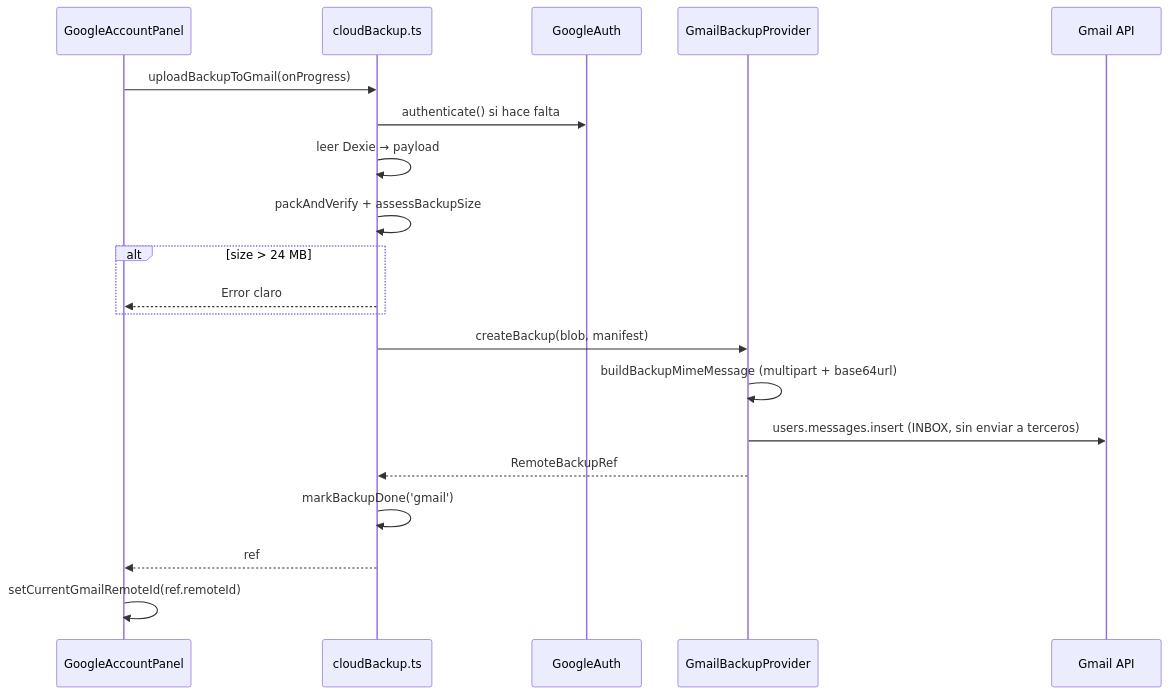
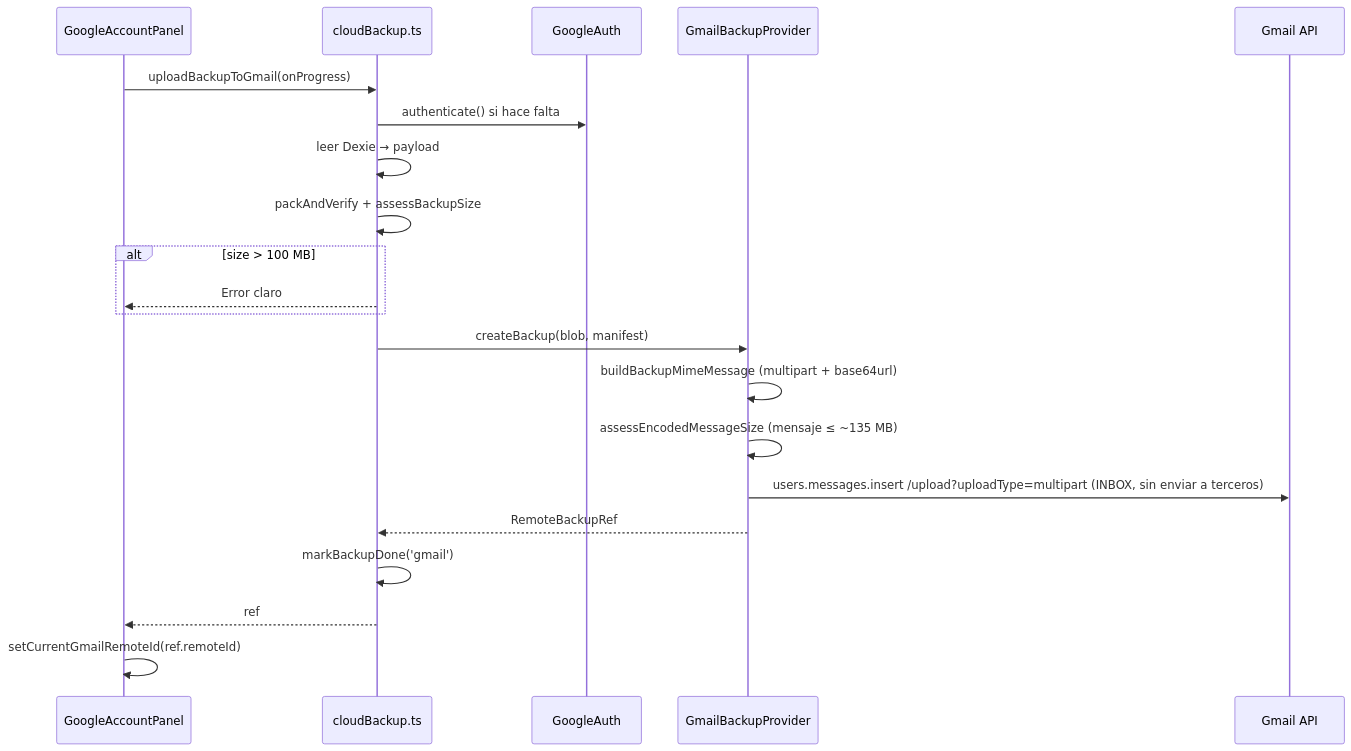
The third of 5 diagrams in docs/backup-gmail-plan.md (RonnySandoval/maintmanage), drawn with Mermaid before and after one commit. The commit also changed other lines of this file and 8 other files, not shown here.

````diff
--- a/docs/backup-gmail-plan.md
+++ b/docs/backup-gmail-plan.md
@@ -173,23 +173,24 @@
 ```mermaid
 sequenceDiagram
   participant UI as GoogleAccountPanel
   participant Cloud as cloudBackup.ts
   participant Auth as GoogleAuth
   participant Gmail as GmailBackupProvider
   participant API as Gmail API
 
   UI->>Cloud: uploadBackupToGmail(onProgress)
   Cloud->>Auth: authenticate() si hace falta
   Cloud->>Cloud: leer Dexie → payload
   Cloud->>Cloud: packAndVerify + assessBackupSize
-  alt size > 24 MB
+  alt size > 100 MB
     Cloud-->>UI: Error claro
   end
   Cloud->>Gmail: createBackup(blob, manifest)
   Gmail->>Gmail: buildBackupMimeMessage (multipart + base64url)
-  Gmail->>API: users.messages.insert (INBOX, sin enviar a terceros)
+  Gmail->>Gmail: assessEncodedMessageSize (mensaje ≤ ~135 MB)
+  Gmail->>API: users.messages.insert /upload?uploadType=multipart (INBOX, sin enviar a terceros)
   Gmail-->>Cloud: RemoteBackupRef
   Cloud->>Cloud: markBackupDone('gmail')
   Cloud-->>UI: ref
   UI->>UI: setCurrentGmailRemoteId(ref.remoteId)
 ```
````
